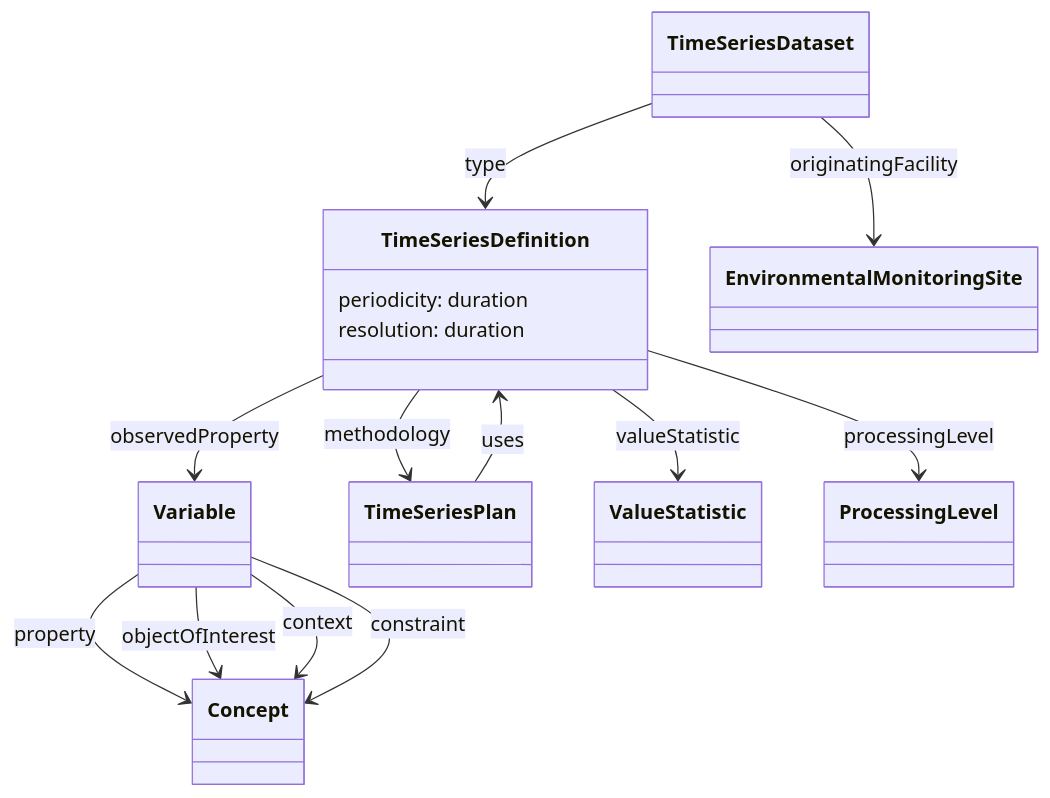
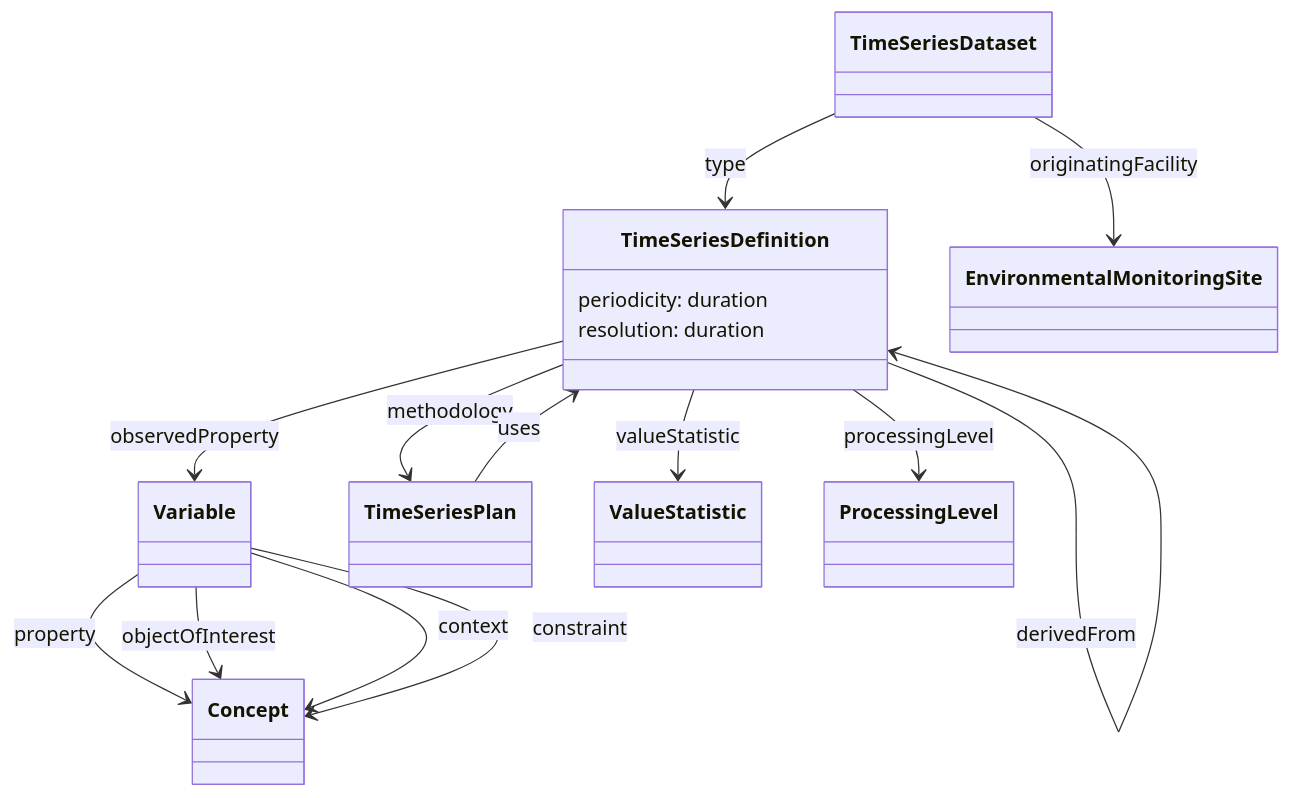
The diagram in ontology/doc/cop-time-series-dataset.md (NERC-CEH/fdri-ontology), drawn with Mermaid before and after one commit. The commit also changed other lines of this file and 2 other files, not shown here.

Commit message:
Add derivedFrom property to TimeSeriesDefinition

````diff
--- a/ontology/doc/cop-time-series-dataset.md
+++ b/ontology/doc/cop-time-series-dataset.md
@@ -41,25 +41,26 @@
 ```mermaid
 classDiagram
 class Variable
 class Concept
 class TimeSeriesDefinition {
     periodicity: duration
     resolution: duration
 }
 class TimeSeriesDataset
 class EMSite["EnvironmentalMonitoringSite"]
 class Plan["TimeSeriesPlan"]
 
 TimeSeriesDataset --> EMSite: originatingFacility
 TimeSeriesDataset --> TimeSeriesDefinition: type
 TimeSeriesDefinition --> Variable: observedProperty
 TimeSeriesDefinition --> Plan: methodology
 TimeSeriesDefinition --> ValueStatistic: valueStatistic
 TimeSeriesDefinition --> ProcessingLevel: processingLevel
 
 Plan --> TimeSeriesDefinition: uses
+TimeSeriesDefinition --> TimeSeriesDefinition: derivedFrom
 Variable --> Concept: property
 Variable --> Concept: objectOfInterest
 Variable --> Concept: context
 Variable --> Concept: constraint
 ```
````
